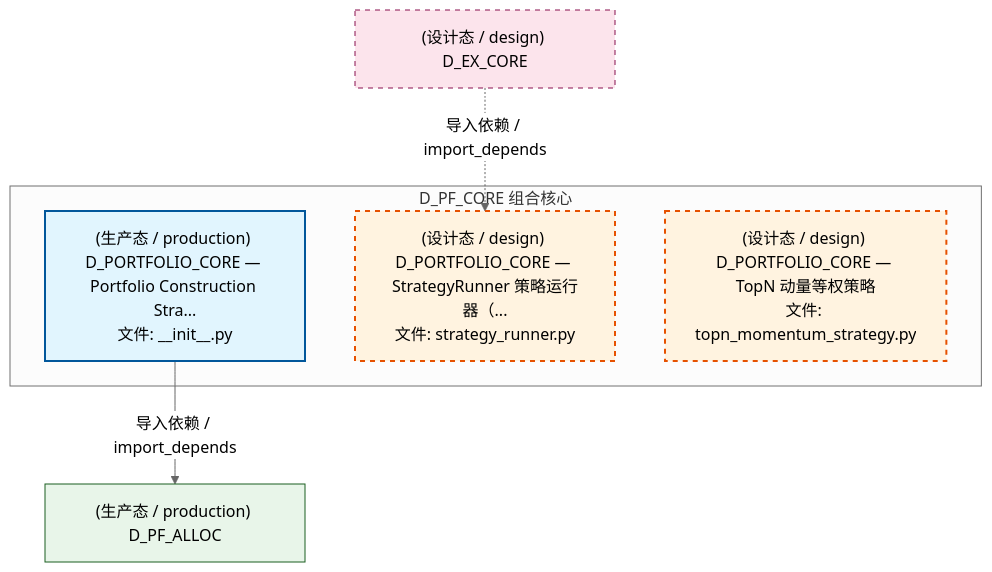
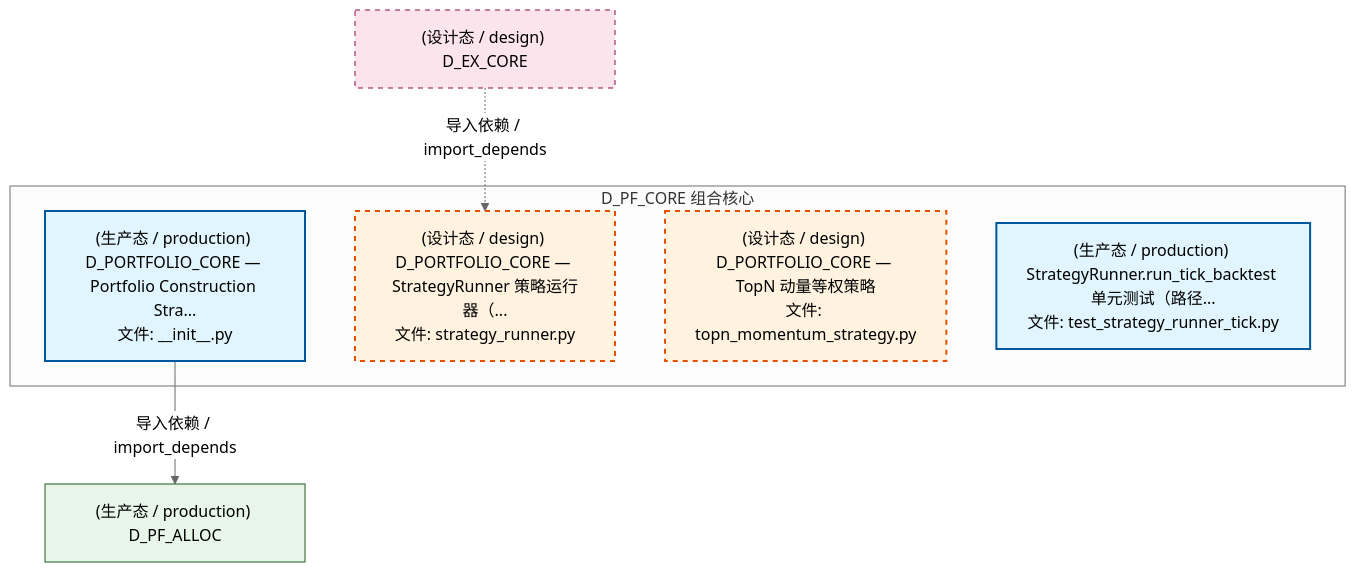
Before and after one commit to xuanFelixVan/ZephyrAlpha: the first of 4 diagrams in docs/02_enterprise_architecture/02_domain_architecture_docs/63_d_pf_core.md, drawn with Mermaid (neutral theme). The commit also changed other lines of this file and 39 other files, not shown here.

````diff
--- a/docs/02_enterprise_architecture/02_domain_architecture_docs/63_d_pf_core.md
+++ b/docs/02_enterprise_architecture/02_domain_architecture_docs/63_d_pf_core.md
@@ -68,20 +69,21 @@
 ```mermaid
 graph TD
     subgraph D_PF_CORE["D_PF_CORE 组合核心"]
         src_zephyr_pf_core_strategy_engine_init_py["(生产态 / production) D_PORTFOLIO_CORE — Portfolio Construction Stra...<br/>文件: __init__.py"]
         src_zephyr_pf_core_strategy_engine_strategy_runner_py["(设计态 / design) D_PORTFOLIO_CORE — StrategyRunner 策略运行器（...<br/>文件: strategy_runner.py"]
         src_zephyr_pf_core_topn_momentum_strategy_py["(设计态 / design) D_PORTFOLIO_CORE — TopN 动量等权策略<br/>文件: topn_momentum_strategy.py"]
+        tests_pf_core_test_strategy_runner_tick_py["(生产态 / production) StrategyRunner.run_tick_backtest 单元测试（路径...<br/>文件: test_strategy_runner_tick.py"]
     end
     D_PF_ALLOC["(生产态 / production) D_PF_ALLOC"]
     src_zephyr_pf_core_strategy_engine_init_py -->|导入依赖 / import_depends| D_PF_ALLOC
     D_EX_CORE["(设计态 / design) D_EX_CORE"]
     D_EX_CORE -.->|导入依赖 / import_depends| src_zephyr_pf_core_strategy_engine_strategy_runner_py
     classDef production fill:#e1f5fe,stroke:#01579b,stroke-width:2px,color:#000
     classDef design fill:#fff3e0,stroke:#e65100,stroke-width:2px,color:#000,stroke-dasharray: 5 5
     classDef external_prod fill:#e8f5e9,stroke:#1b5e20,stroke-width:1px,color:#000
     classDef external_design fill:#fce4ec,stroke:#880e4f,stroke-width:1px,color:#000,stroke-dasharray: 5 5
-    class src_zephyr_pf_core_strategy_engine_init_py production
+    class src_zephyr_pf_core_strategy_engine_init_py,tests_pf_core_test_strategy_runner_tick_py production
     class src_zephyr_pf_core_strategy_engine_strategy_runner_py,src_zephyr_pf_core_topn_momentum_strategy_py design
     class D_PF_ALLOC external_prod
     class D_EX_CORE external_design
 ```
````
